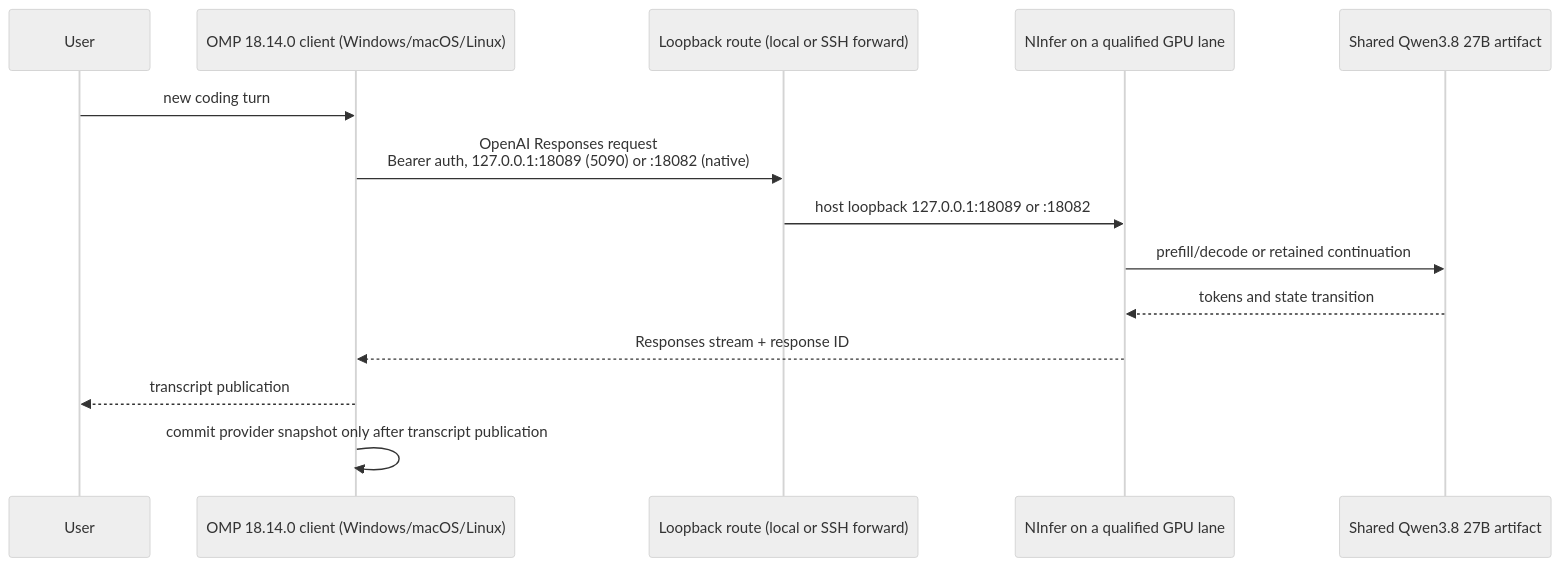
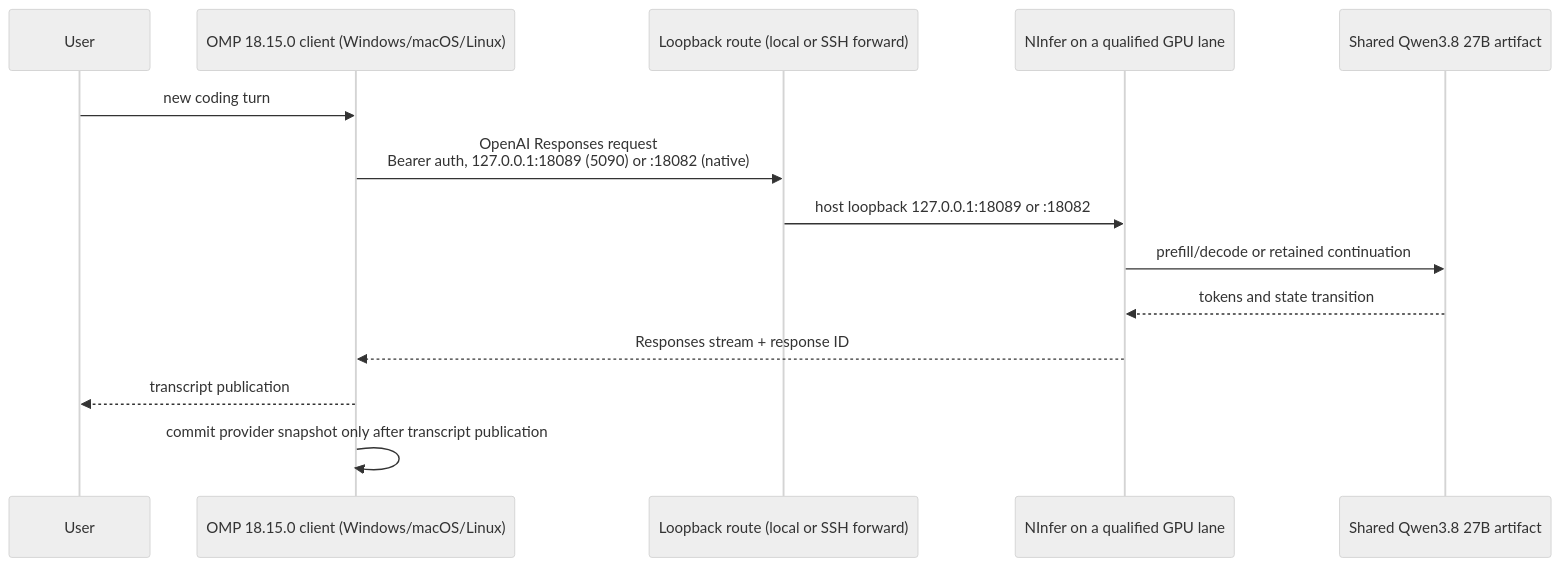
Before and after one commit to alphastorm/omp-ninfer: the diagram in docs/ARCHITECTURE.md, drawn with Mermaid (neutral theme). The commit also changed other lines of this file and 28 other files, not shown here.

````diff
--- a/docs/ARCHITECTURE.md
+++ b/docs/ARCHITECTURE.md
@@ -12,17 +12,17 @@
 ```mermaid
 sequenceDiagram
     participant User
-    participant OMP as OMP 18.14.0 client (Windows/macOS/Linux)
+    participant OMP as OMP 18.15.0 client (Windows/macOS/Linux)
     participant Route as Loopback route (local or SSH forward)
     participant NInfer as NInfer on a qualified GPU lane
     participant GPU as Shared Qwen3.8 27B artifact
 
     User->>OMP: new coding turn
     OMP->>Route: OpenAI Responses request<br/>Bearer auth, 127.0.0.1:18089 (5090) or :18082 (native)
     Route->>NInfer: host loopback 127.0.0.1:18089 or :18082
     NInfer->>GPU: prefill/decode or retained continuation
     GPU-->>NInfer: tokens and state transition
     NInfer-->>OMP: Responses stream + response ID
     OMP-->>User: transcript publication
     OMP->>OMP: commit provider snapshot only after transcript publication
 ```
````
